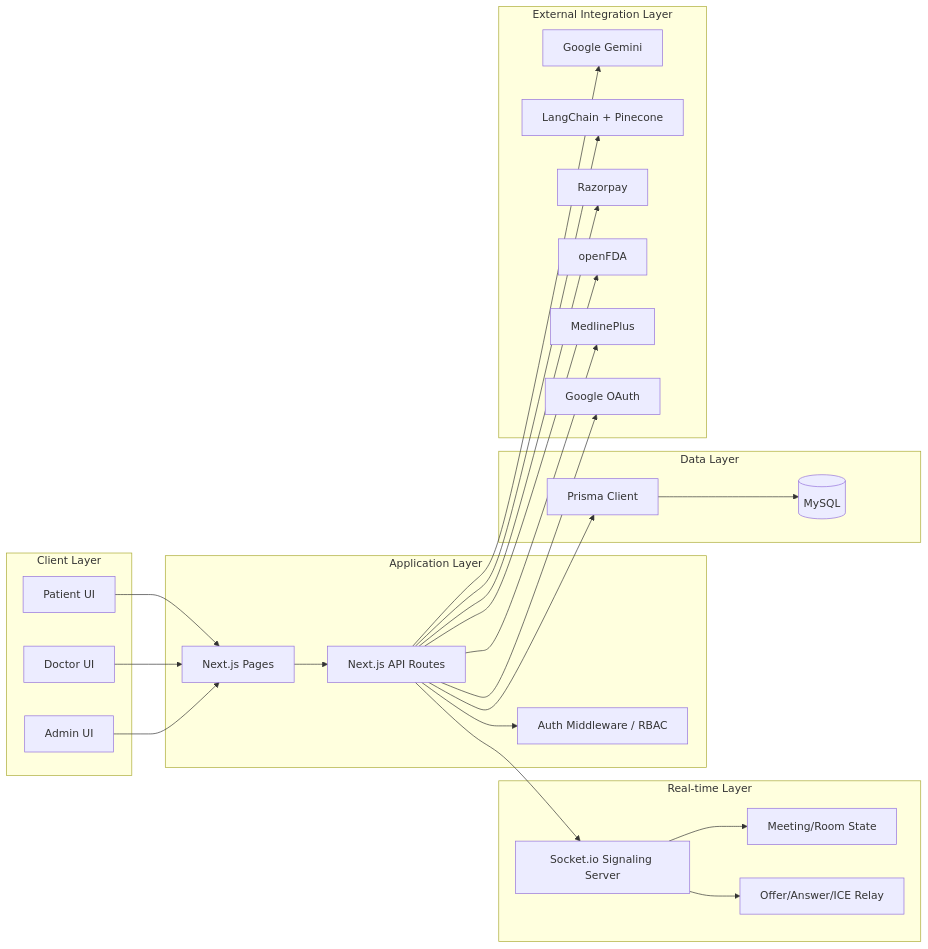
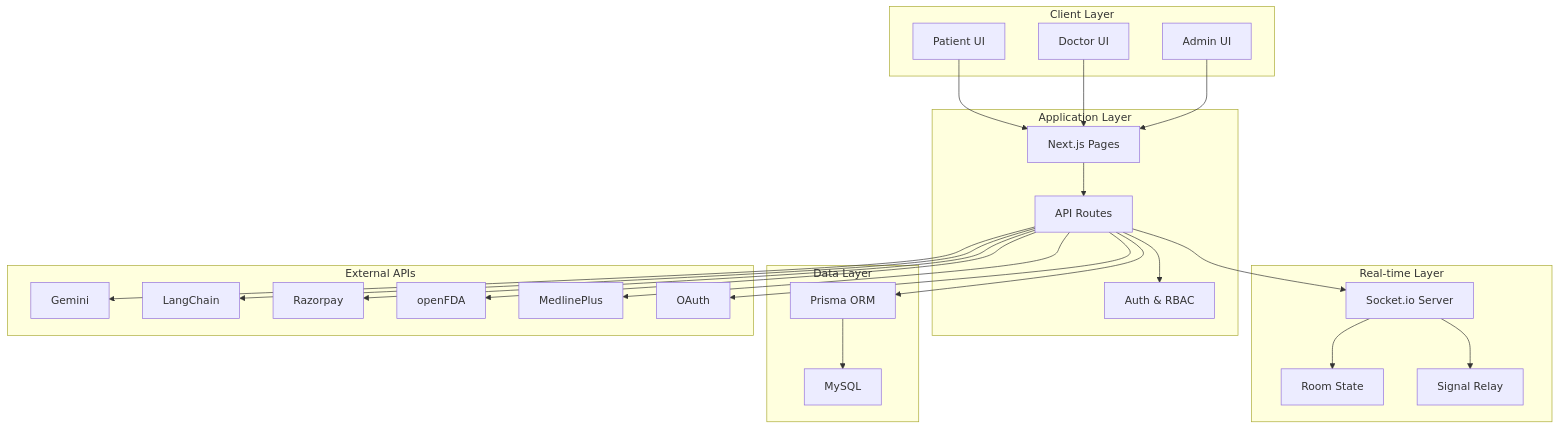
The eighth of 12 diagrams in README.md (AkshayPratapSingh333/medispherev7), drawn with Mermaid before and after one commit. The commit also changed other lines of this file, not shown here.

Commit message:
Medicine and Disease Search using openFDA and MedlinePlus and README

````diff
--- a/README.md
+++ b/README.md
@@ -592,51 +586,51 @@
 ```mermaid
-flowchart LR
-   subgraph ClientLayer[Client Layer]
-      C1[Patient UI]
-      C2[Doctor UI]
-      C3[Admin UI]
+graph TB
+   subgraph ClientLayer["Client Layer"]
+      C1["Patient UI"]
+      C2["Doctor UI"]
+      C3["Admin UI"]
    end
 
-   subgraph AppLayer[Application Layer]
-      N1[Next.js Pages]
-      N2[Next.js API Routes]
-      N3[Auth Middleware / RBAC]
+   subgraph AppLayer["Application Layer"]
+      N1["Next.js Pages"]
+      N2["API Routes"]
+      N3["Auth & RBAC"]
    end
 
-   subgraph RealtimeLayer[Real-time Layer]
-      R1[Socket.io Signaling Server]
-      R2[Meeting/Room State]
-      R3[Offer/Answer/ICE Relay]
+   subgraph RealtimeLayer["Real-time Layer"]
+      R1["Socket.io Server"]
+      R2["Room State"]
+      R3["Signal Relay"]
    end
 
-   subgraph DataLayer[Data Layer]
-      D1[(MySQL)]
-      D2[Prisma Client]
+   subgraph DataLayer["Data Layer"]
+      D1["MySQL"]
+      D2["Prisma ORM"]
    end
 
-   subgraph IntegrationLayer[External Integration Layer]
-      I1[Google Gemini]
-      I2[LangChain + Pinecone]
-      I3[Razorpay]
-      I4[openFDA]
-      I5[MedlinePlus]
-      I6[Google OAuth]
+   subgraph IntegrationLayer["External APIs"]
+      I1["Gemini"]
+      I2["LangChain"]
+      I3["Razorpay"]
+      I4["openFDA"]
+      I5["MedlinePlus"]
+      I6["OAuth"]
    end
 
    C1 --> N1
    C2 --> N1
    C3 --> N1
    N1 --> N2
    N2 --> N3
    N2 --> D2
    D2 --> D1
    N2 --> R1
    R1 --> R2
    R1 --> R3
    N2 --> I1
    N2 --> I2
    N2 --> I3
    N2 --> I4
    N2 --> I5
    N2 --> I6
 ```
````
